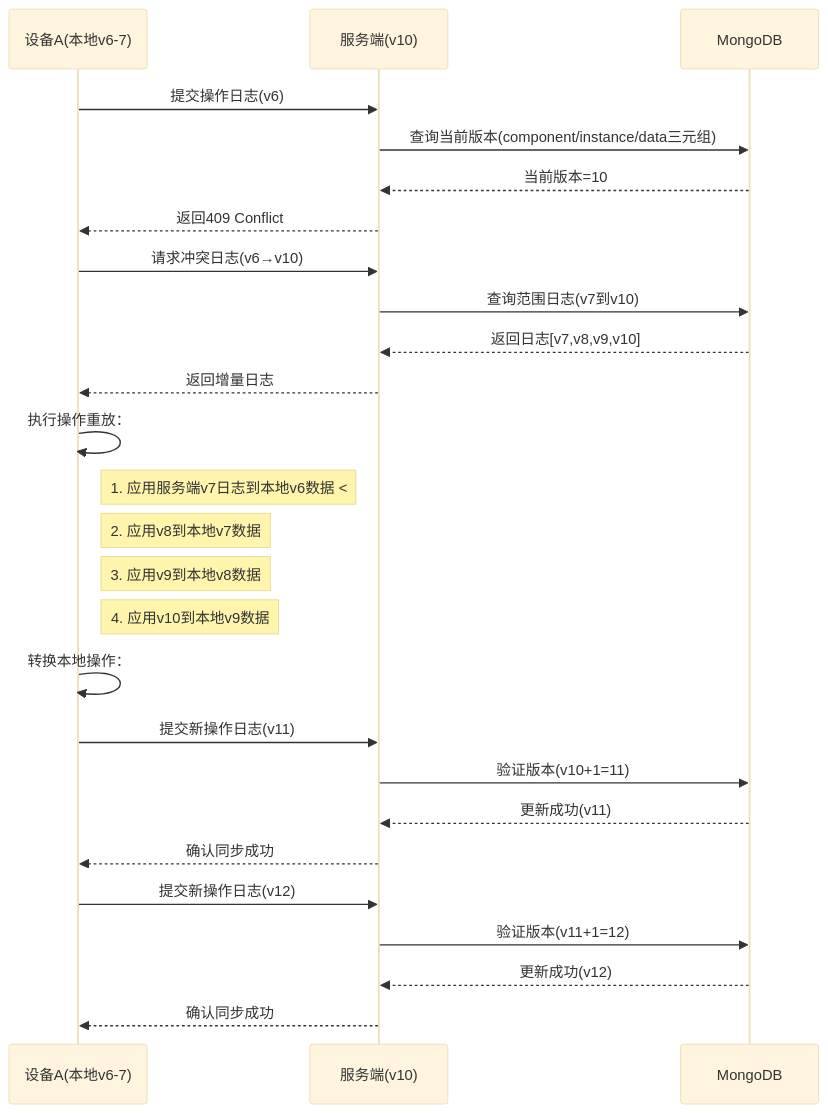
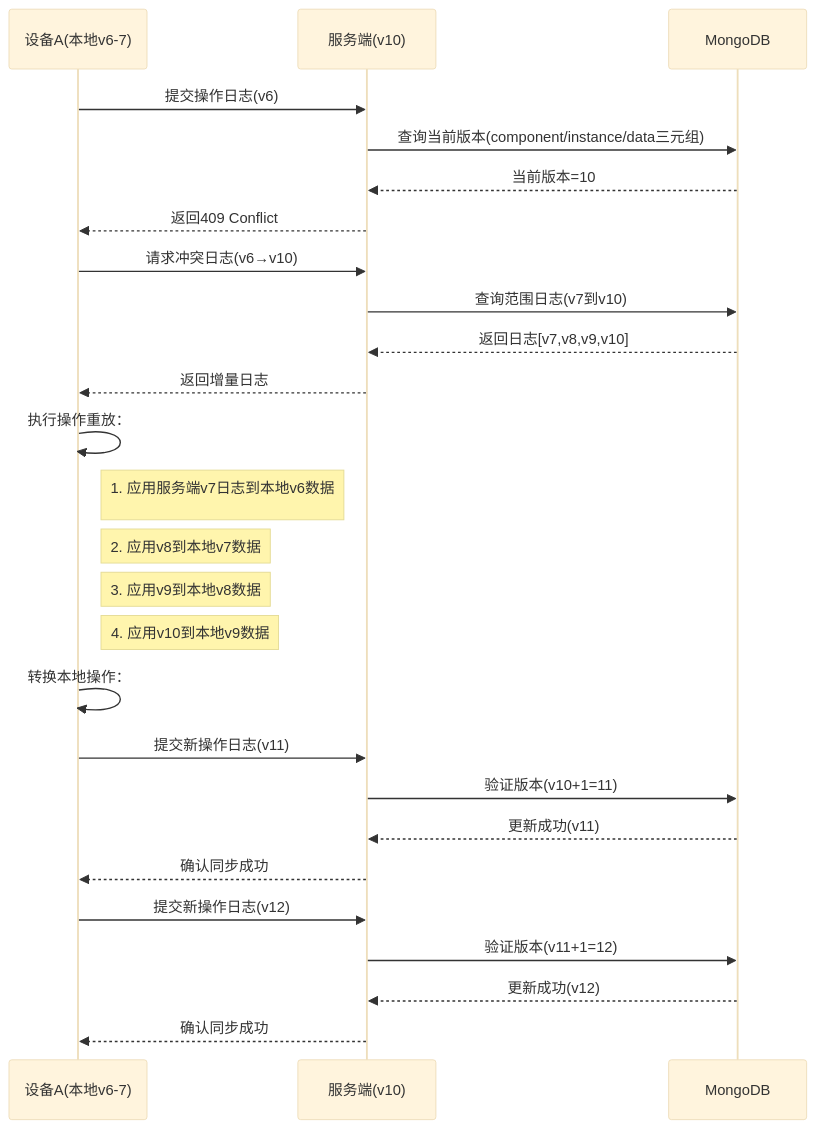
One commit to yingjianzh/iodraw-files changed the diagram in all/未命名-26.md. Above: the diagram before and after it, drawn with Mermaid (base theme).

Commit message:
2025-02-26 16:20:47 update

````diff
--- a/all/未命名-26.md
+++ b/all/未命名-26.md
@@ -1,41 +1,41 @@
 ```mermaid
 sequenceDiagram
     participant A as 设备A(本地v6-7)
     participant S as 服务端(v10)
     participant DB as MongoDB
 
     %% 初始同步尝试
     A->>S: 提交操作日志(v6)
     S->>DB: 查询当前版本(component/instance/data三元组)
     DB-->>S: 当前版本=10
     S-->>A: 返回409 Conflict
 
     %% 冲突解决阶段
     A->>S: 请求冲突日志(v6→v10)
     S->>DB: 查询范围日志(v7到v10)
     DB-->>S: 返回日志[v7,v8,v9,v10]
     S-->>A: 返回增量日志
 
     %% 本地数据重建
     A->>A: 执行操作重放：
-    note right of A: 1. 应用服务端v7日志到本地v6数据 <
+    note right of A: 1. 应用服务端v7日志到本地v6数据 <br> 
     note right of A: 2. 应用v8到本地v7数据
     note right of A: 3. 应用v9到本地v8数据
     note right of A: 4. 应用v10到本地v9数据
 
 
     %% 本地操作转换
     A->>A: 转换本地操作：
     
 
     %% 重新提交
     A->>S: 提交新操作日志(v11)
     S->>DB: 验证版本(v10+1=11)
     DB-->>S: 更新成功(v11)
     S-->>A: 确认同步成功
 
     A->>S: 提交新操作日志(v12)
     S->>DB: 验证版本(v11+1=12)
     DB-->>S: 更新成功(v12)
     S-->>A: 确认同步成功
 ```
````
